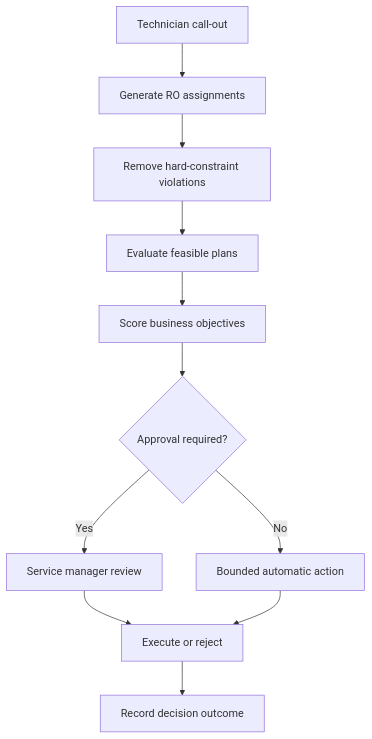
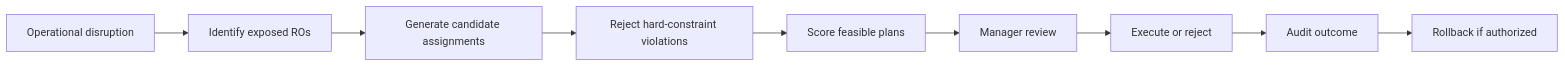
The diagram in README.md (mpalmer79/fieldops-ai), drawn with Mermaid before and after one commit. The commit also changed other lines of this file, not shown here.

````diff
--- a/README.md
+++ b/README.md
@@ -103,13 +83,11 @@
 ```mermaid
-flowchart TD
-    A[Technician call-out] --> B[Generate RO assignments]
-    B --> C[Remove hard-constraint violations]
-    C --> D[Evaluate feasible plans]
-    D --> E[Score business objectives]
-    E --> F{Approval required?}
-    F -->|Yes| G[Service manager review]
-    F -->|No| H[Bounded automatic action]
-    G --> I[Execute or reject]
-    H --> I
-    I --> J[Record decision outcome]
+flowchart LR
+    A[Operational disruption] --> B[Identify exposed ROs]
+    B --> C[Generate candidate assignments]
+    C --> D[Reject hard-constraint violations]
+    D --> E[Score feasible plans]
+    E --> F[Manager review]
+    F --> G[Execute or reject]
+    G --> H[Audit outcome]
+    H --> I[Rollback if authorized]
 ```
````
